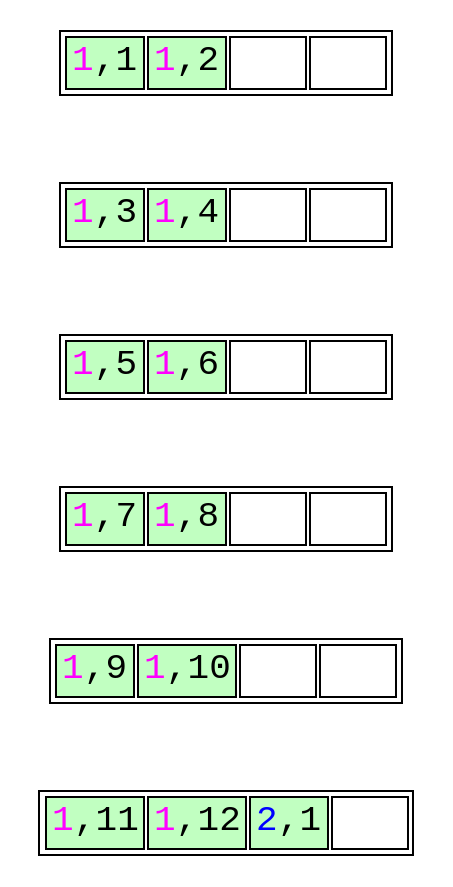
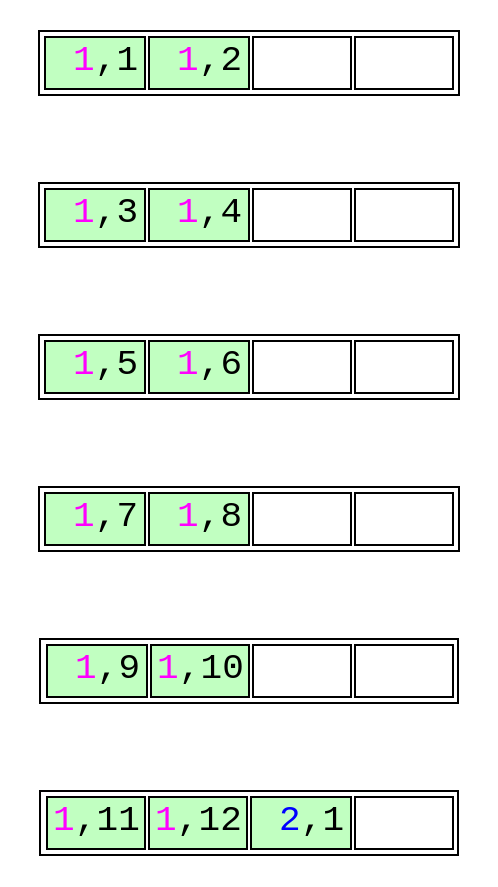
One commit to petergeoghegan/pg_query_internals changed the diagram in unoptimized-leaf-page-split-3.dot. Above: the diagram before and after it, drawn with Graphviz. The commit also changed 2 other files, not shown here.

```diff
--- a/unoptimized-leaf-page-split-3.dot
+++ b/unoptimized-leaf-page-split-3.dot
@@ -1,88 +1,88 @@
 // Example B-Tree graph
 //
 // Breadth-first order
 //
 // Start from root, go left to right
 //
 // Workflow:
 //
 // $ dot -T svg btree.dot -o btree.svg;
 
 digraph nbtree {
 graph [fontname = "monospace"];
 node [shape = none,height=.1,fontname = "monospace",fontsize=18];
 // Level 0 (leaf level)
 leafnode_2[ label=<<table>
                     <tr>
-                        <td bgcolor='darkseagreen1' port="t2"><font color="magenta">1</font>,1</td>
-                        <td bgcolor='darkseagreen1' port="t3"><font color="magenta">1</font>,2</td>
-                        <td bgcolor='white' port="t3">   </td>
-                        <td bgcolor='white' port="t3">   </td>
+                        <td bgcolor='darkseagreen1' port="t2"> <font color="magenta">1</font>,1</td>
+                        <td bgcolor='darkseagreen1' port="t3"> <font color="magenta">1</font>,2</td>
+                        <td bgcolor='white' port="t3">    </td>
+                        <td bgcolor='white' port="t3">    </td>
                     </tr>
                 </table>
                >
         ];
 edge[style=invis];
 "leafnode_2" -> "leafnode_3"
 leafnode_3[ label=<<table>
                     <tr>
-                        <td bgcolor='darkseagreen1' port="t4"><font color="magenta">1</font>,3</td>
-                        <td bgcolor='darkseagreen1' port="t4"><font color="magenta">1</font>,4</td>
-                        <td bgcolor='white' port="t3">   </td>
-                        <td bgcolor='white' port="t3">   </td>
+                        <td bgcolor='darkseagreen1' port="t4"> <font color="magenta">1</font>,3</td>
+                        <td bgcolor='darkseagreen1' port="t4"> <font color="magenta">1</font>,4</td>
+                        <td bgcolor='white' port="t3">    </td>
+                        <td bgcolor='white' port="t3">    </td>
                     </tr>
                 </table>
                >
         ];
 edge[style=invis];
 "leafnode_3" -> "leafnode_4"
 leafnode_4[ label=<<table>
                     <tr>
-                        <td bgcolor='darkseagreen1' port="t4"><font color="magenta">1</font>,5</td>
-                        <td bgcolor='darkseagreen1' port="t4"><font color="magenta">1</font>,6</td>
-                        <td bgcolor='white' port="t3">   </td>
-                        <td bgcolor='white' port="t3">   </td>
+                        <td bgcolor='darkseagreen1' port="t4"> <font color="magenta">1</font>,5</td>
+                        <td bgcolor='darkseagreen1' port="t4"> <font color="magenta">1</font>,6</td>
+                        <td bgcolor='white' port="t3">    </td>
+                        <td bgcolor='white' port="t3">    </td>
                     </tr>
                 </table>
                >
         ];
 edge[style=invis];
 "leafnode_4" -> "leafnode_5"
 leafnode_5[ label=<<table>
                     <tr>
-                        <td bgcolor='darkseagreen1' port="t4"><font color="magenta">1</font>,7</td>
-                        <td bgcolor='darkseagreen1' port="t4"><font color="magenta">1</font>,8</td>
-                        <td bgcolor='white' port="t3">   </td>
-                        <td bgcolor='white' port="t3">   </td>
+                        <td bgcolor='darkseagreen1' port="t4"> <font color="magenta">1</font>,7</td>
+                        <td bgcolor='darkseagreen1' port="t4"> <font color="magenta">1</font>,8</td>
+                        <td bgcolor='white' port="t3">    </td>
+                        <td bgcolor='white' port="t3">    </td>
                     </tr>
                 </table>
                >
         ];
 edge[style=invis];
 "leafnode_5" -> "leafnode_6"
 leafnode_6[ label=<<table>
                     <tr>
-                        <td bgcolor='darkseagreen1' port="t4"><font color="magenta">1</font>,9</td>
+                        <td bgcolor='darkseagreen1' port="t4"> <font color="magenta">1</font>,9</td>
                         <td bgcolor='darkseagreen1' port="t4"><font color="magenta">1</font>,10</td>
-                        <td bgcolor='white' port="t3">   </td>
-                        <td bgcolor='white' port="t3">   </td>
+                        <td bgcolor='white' port="t3">    </td>
+                        <td bgcolor='white' port="t3">    </td>
                     </tr>
                 </table>
                >
         ];
 edge[style=invis];
 "leafnode_6" -> "leafnode_7"
 leafnode_7[ label=<<table>
                     <tr>
                         <td bgcolor='darkseagreen1' port="t4"><font color="magenta">1</font>,11</td>
                         <td bgcolor='darkseagreen1' port="t4"><font color="magenta">1</font>,12</td>
-                        <td bgcolor='darkseagreen1' port="t4"><font color="blue">2</font>,1</td>
-                        <td bgcolor='white' port="t3">   </td>
+                        <td bgcolor='darkseagreen1' port="t4"> <font color="blue">2</font>,1</td>
+                        <td bgcolor='white' port="t3">    </td>
                     </tr>
                 </table>
                >
         ];
 //Force alignment from root to internal to leaf levels:
 //edge[style=invis];
 //"rootnode":d1 -> "leafnode_2":t2
 }
```
